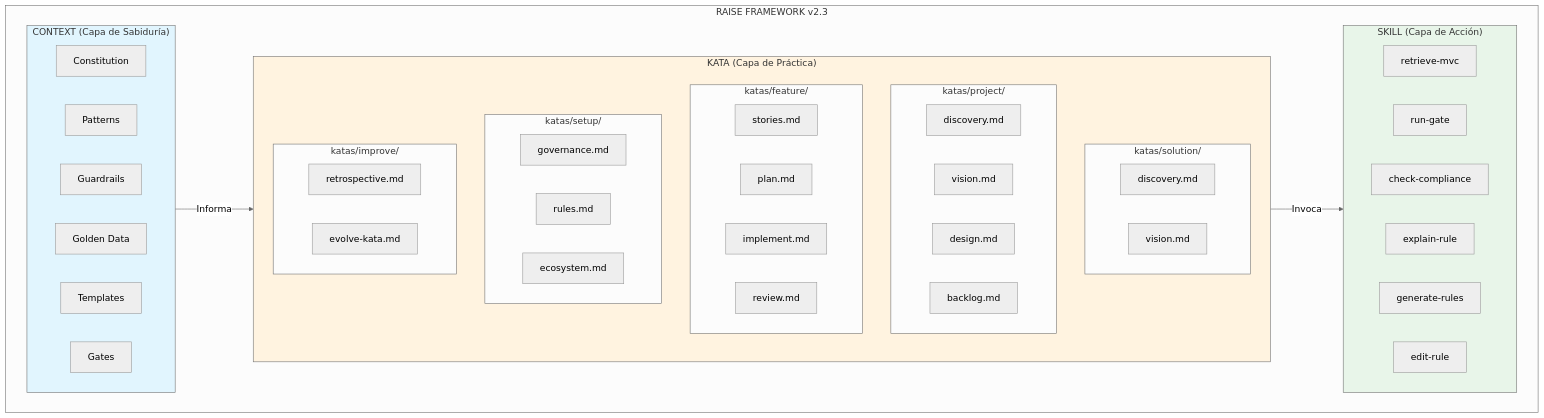
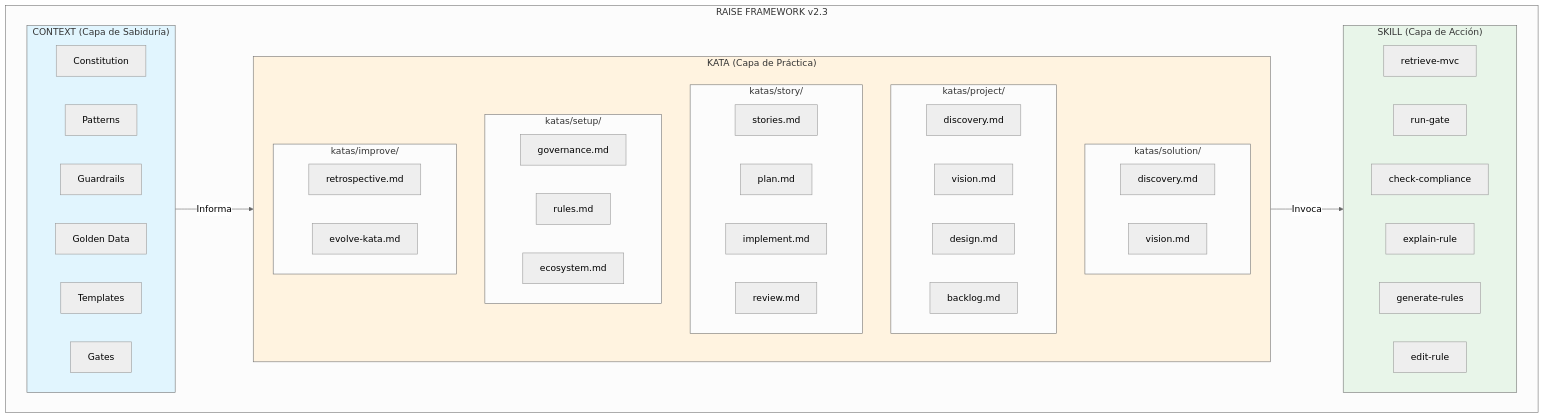
Before and after one commit to humansys/raise: the first of 8 diagrams in framework/vision.md, drawn with Mermaid (neutral theme). The commit also changed 202 other files, not shown here.

First line of the commit message:
refactor(s14.16): rename feature to story in docs, skills, and katas

````diff
--- a/framework/vision.md
+++ b/framework/vision.md
@@ -72,59 +72,59 @@
 ```mermaid
 graph TB
     subgraph RAISE["RAISE FRAMEWORK v2.3"]
         subgraph CONTEXT["CONTEXT (Capa de Sabiduría)"]
             direction LR
             C1["Constitution"]
             C2["Patterns"]
             C3["Guardrails"]
             C4["Golden Data"]
             C5["Templates"]
             C6["Gates"]
         end
 
         subgraph KATA["KATA (Capa de Práctica)"]
             subgraph SOLUTION["katas/solution/"]
                 SOL1["discovery.md"]
                 SOL2["vision.md"]
             end
             subgraph PROJECT["katas/project/"]
                 P1["discovery.md"]
                 P2["vision.md"]
                 P3["design.md"]
                 P4["backlog.md"]
             end
-            subgraph FEATURE["katas/feature/"]
+            subgraph FEATURE["katas/story/"]
                 F1["stories.md"]
                 F2["plan.md"]
                 F3["implement.md"]
                 F4["review.md"]
             end
             subgraph SETUP["katas/setup/"]
                 S1["governance.md"]
                 S2["rules.md"]
                 S3["ecosystem.md"]
             end
             subgraph IMPROVE["katas/improve/"]
                 I1["retrospective.md"]
                 I2["evolve-kata.md"]
             end
         end
 
         subgraph SKILL["SKILL (Capa de Acción)"]
             direction LR
             SK1["retrieve-mvc"]
             SK2["run-gate"]
             SK3["check-compliance"]
             SK4["explain-rule"]
             SK5["generate-rules"]
             SK6["edit-rule"]
         end
     end
 
     CONTEXT -->|"Informa"| KATA
     KATA -->|"Invoca"| SKILL
 
     style CONTEXT fill:#e1f5fe
     style KATA fill:#fff3e0
     style SKILL fill:#e8f5e9
 ```
````
